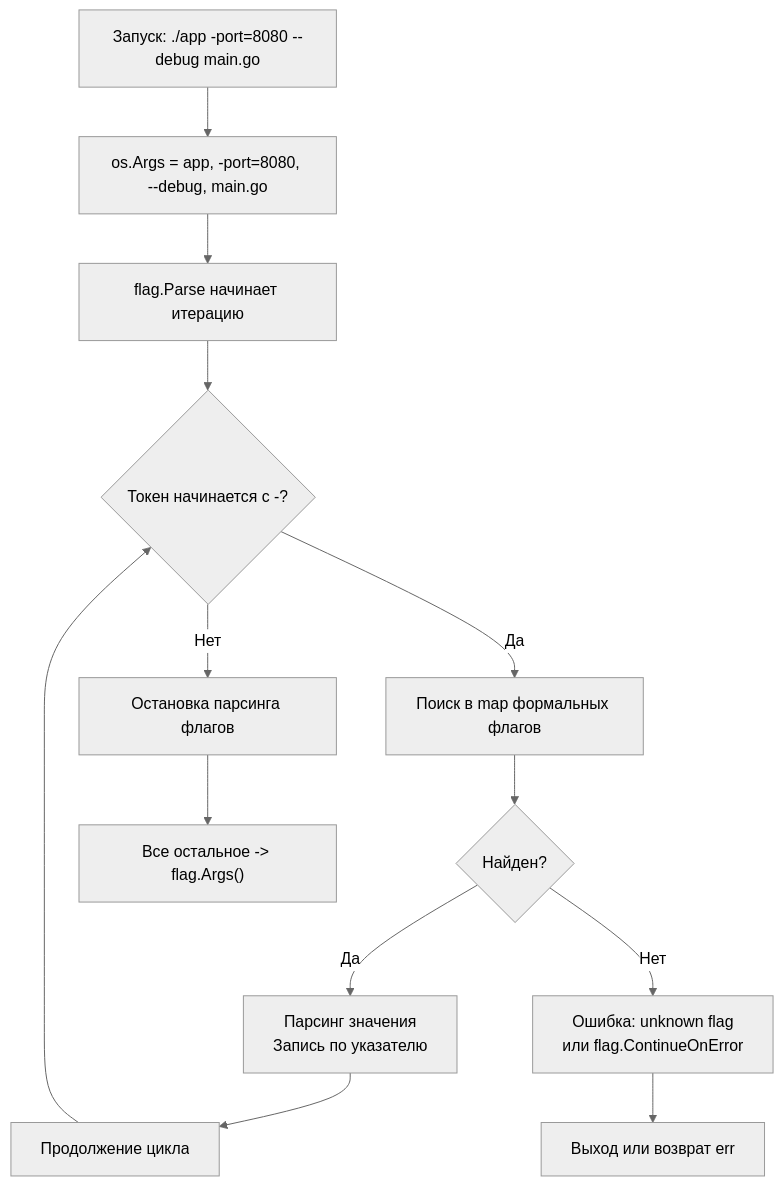
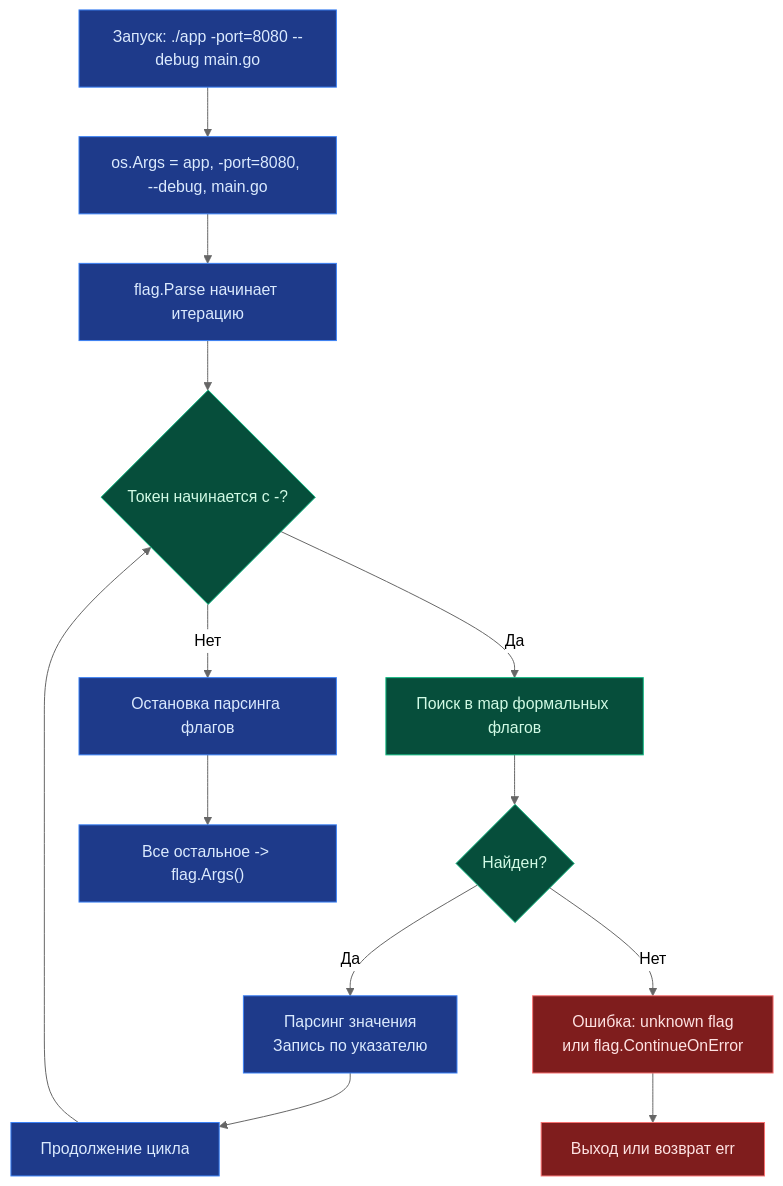
The diagram in sources/6. Стандартная библиотека Go/15. flag. Парсинг аргументов командной строки.md (UnrealTemplier/go-textbook), drawn with Mermaid (neutral theme) before and after one commit. The commit also changed other lines of this file, not shown here.

````diff
--- a/sources/6. Стандартная библиотека Go/15. flag. Парсинг аргументов командной строки.md
+++ b/sources/6. Стандартная библиотека Go/15. flag. Парсинг аргументов командной строки.md
@@ -33,15 +10,23 @@
 ```mermaid
 flowchart TD
     A["Запуск: ./app -port=8080 --debug main.go"] --> B["os.Args = app, -port=8080, --debug, main.go"]
     B --> C["flag.Parse начинает итерацию"]
     C --> D{"Токен начинается с -?"}
     D -->|Да| E["Поиск в map формальных флагов"]
     E --> F{"Найден?"}
     F -->|Да| G["Парсинг значения<br>Запись по указателю"]
     F -->|Нет| H["Ошибка: unknown flag<br>или flag.ContinueOnError"]
     D -->|Нет| I["Остановка парсинга флагов"]
     I --> J["Все остальное -> flag.Args()"]
     G --> K["Продолжение цикла"]
     K --> D
     H --> L["Выход или возврат err"]
+
+    classDef proc fill:#1e3a8a,stroke:#3b82f6,color:#dbeafe;
+    classDef check fill:#064e3b,stroke:#10b981,color:#d1fae5;
+    classDef err fill:#7f1d1d,stroke:#f87171,color:#fee2e2;
+
+    class A,B,C,G,I,J,K proc;
+    class D,E,F check;
+    class H,L err;
 ```
````
